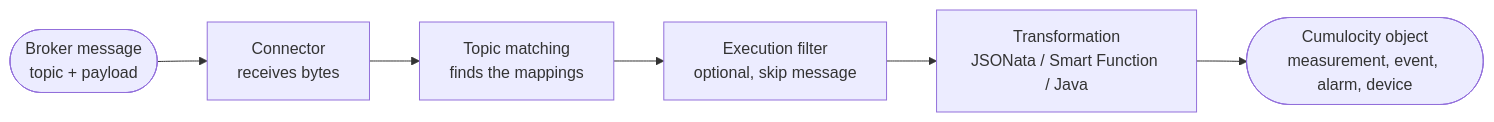
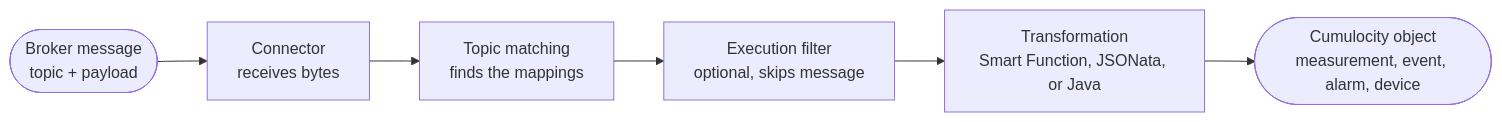
One commit to Cumulocity-IoT/cumulocity-dynamic-mapper changed the diagram in dynamic-mapper-ui/public/docs/concepts.md. Above: the diagram before and after it, drawn with Mermaid. The commit also changed other lines of this file and 26 other files, not shown here.

````diff
--- a/dynamic-mapper-ui/public/docs/concepts.md
+++ b/dynamic-mapper-ui/public/docs/concepts.md
@@ -83,11 +85,11 @@
 ```mermaid
 flowchart LR
     broker(["Broker message<br/>topic + payload"])
     conn["Connector<br/>receives bytes"]
     match["Topic matching<br/>finds the mappings"]
-    filter["Execution filter<br/>optional, skip message"]
-    trans["Transformation<br/>JSONata / Smart Function / Java"]
+    filter["Execution filter<br/>optional, skips message"]
+    trans["Transformation<br/>Smart Function, JSONata, or Java"]
     c8y(["Cumulocity object<br/>measurement, event, alarm, device"])
 
     broker --> conn --> match --> filter --> trans --> c8y
 ```
````
